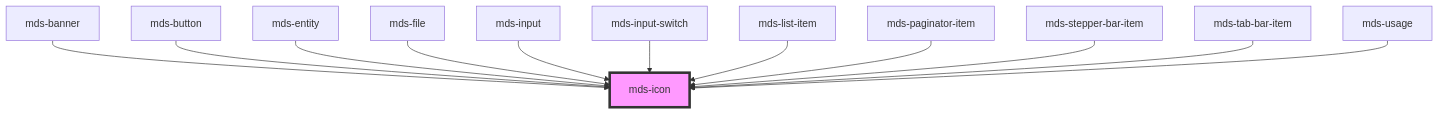
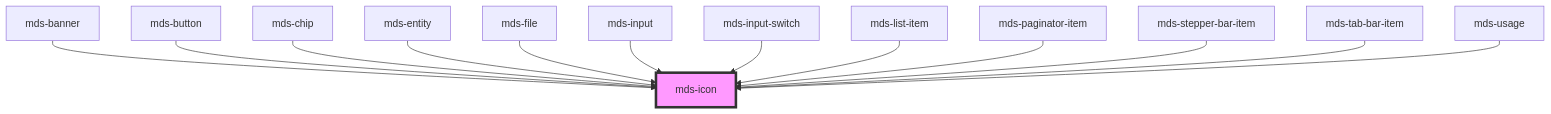
The diagram in projects/stencil/src/components/mds-icon/readme.md (magma-design-system/magma), drawn with Mermaid before and after one commit. The commit also changed other lines of this file and 11 other files, not shown here.

Commit message:
feat(mds-chip): add component draft

````diff
--- a/projects/stencil/src/components/mds-icon/readme.md
+++ b/projects/stencil/src/components/mds-icon/readme.md
@@ -111,15 +112,16 @@
 ```mermaid
 graph TD;
   mds-banner --> mds-icon
   mds-button --> mds-icon
+  mds-chip --> mds-icon
   mds-entity --> mds-icon
   mds-file --> mds-icon
   mds-input --> mds-icon
   mds-input-switch --> mds-icon
   mds-list-item --> mds-icon
   mds-paginator-item --> mds-icon
   mds-stepper-bar-item --> mds-icon
   mds-tab-bar-item --> mds-icon
   mds-usage --> mds-icon
   style mds-icon fill:#f9f,stroke:#333,stroke-width:4px
 ```
````
